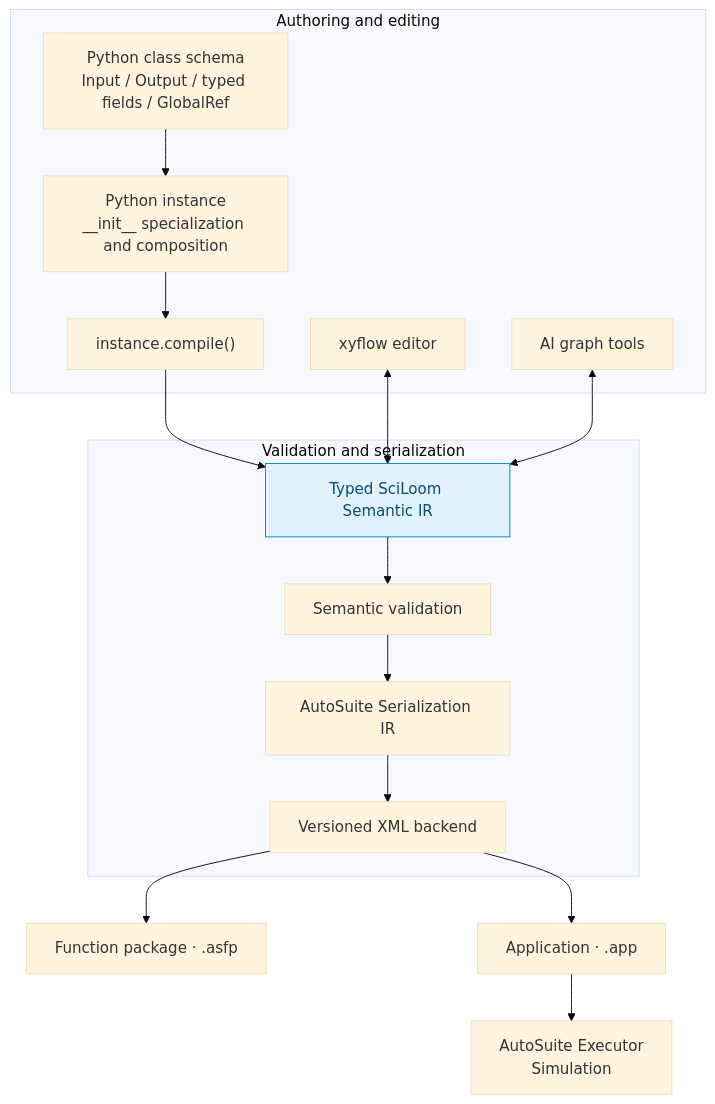
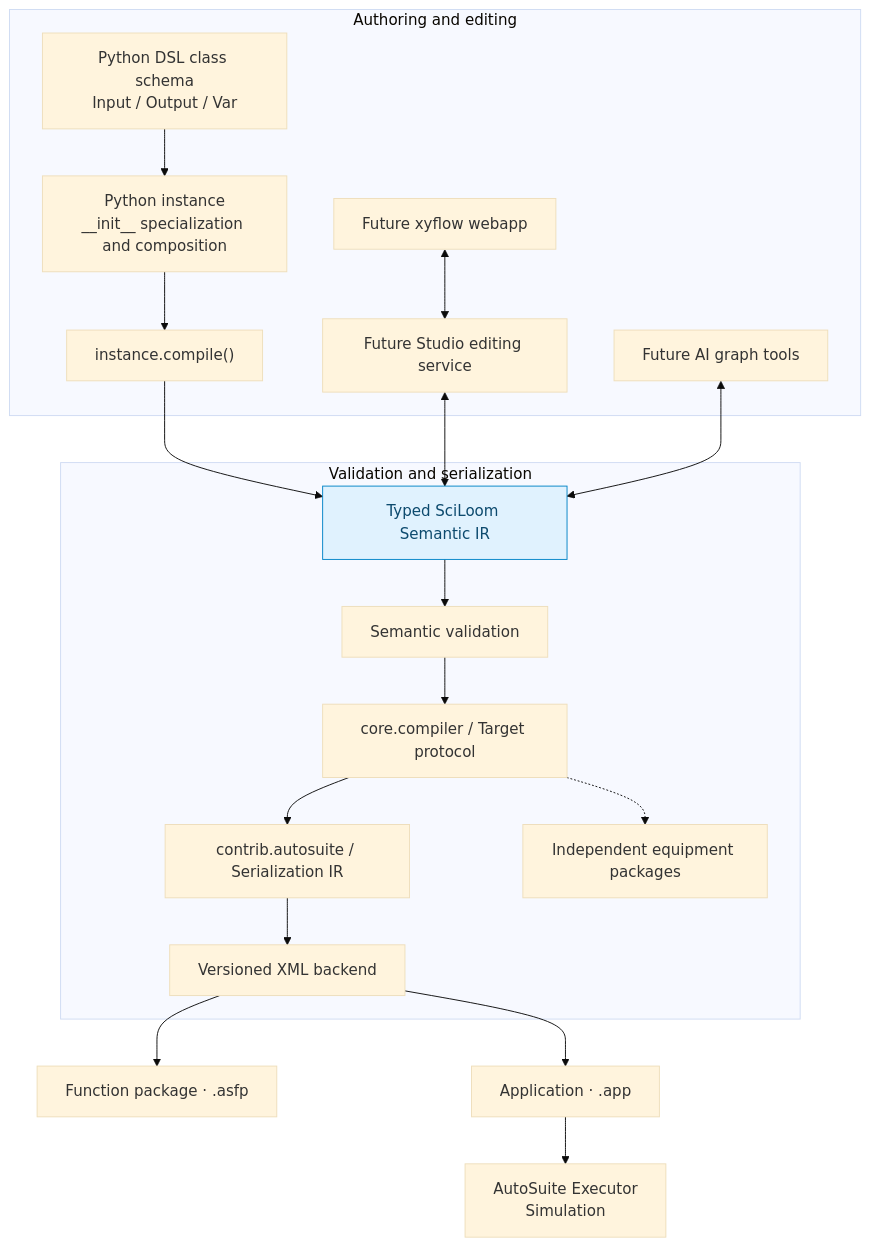
One commit to TsumiNa/sciloom changed the diagram in docs/01_TARGET_ARCHITECTURE.md. Above: the diagram before and after it, drawn with Mermaid (base theme). The commit also changed other lines of this file and 17 other files, not shown here.

````diff
--- a/docs/01_TARGET_ARCHITECTURE.md
+++ b/docs/01_TARGET_ARCHITECTURE.md
@@ -9,22 +12,26 @@
 ```mermaid
 flowchart TB
     subgraph Authoring["Authoring and editing"]
-        Class["Python class schema<br/>Input / Output / typed fields / GlobalRef"] --> Instance["Python instance<br/>__init__ specialization and composition"]
+        Class["Python DSL class schema<br/>Input / Output / Var"] --> Instance["Python instance<br/>__init__ specialization and composition"]
         Instance --> Compile["instance.compile()"]
-        GUI["xyflow editor"]
-        AI["AI graph tools"]
+        GUI["Future xyflow webapp"]
+        Studio["Future Studio editing service"]
+        AI["Future AI graph tools"]
     end
     Compile --> IR["Typed SciLoom Semantic IR"]
-    GUI <--> IR
+    GUI <--> Studio
+    Studio <--> IR
     AI <--> IR
     subgraph Backend["Validation and serialization"]
         IR --> Validate["Semantic validation"]
-        Validate --> SIR["AutoSuite Serialization IR"]
+        Validate --> Compiler["core.compiler / Target protocol"]
+        Compiler --> SIR["contrib.autosuite / Serialization IR"]
+        Compiler -.-> Other["Independent equipment packages"]
         SIR --> XML["Versioned XML backend"]
     end
     XML --> ASFP["Function package · .asfp"]
     XML --> APP["Application · .app"]
     APP --> Executor["AutoSuite Executor<br/>Simulation"]
     classDef core fill:#e0f2fe,stroke:#0284c7,color:#0c4a6e;
     class IR core;
 ```
````
